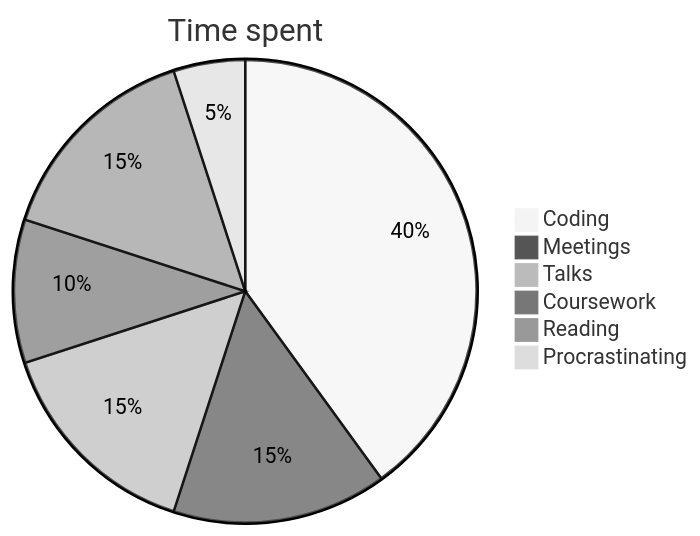
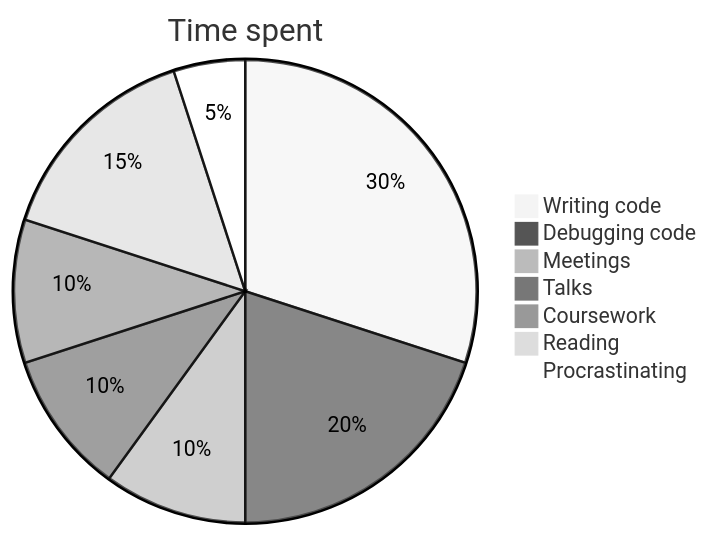
The diagram in content/Blog/What do you do?.md (treycole/notes.treycole.me), drawn with Mermaid (neutral theme) before and after one commit. The commit also changed other lines of this file and 1 other file, not shown here.

````diff
--- a/content/Blog/What do you do?.md
+++ b/content/Blog/What do you do?.md
@@ -61,9 +61,10 @@
 ```mermaid
 pie title Time spent
-    "Coding" : 40
-    "Meetings" : 15
-    "Talks" : 15
+    "Writing code" : 30
+    "Debugging code": 20
+    "Meetings" : 10
+    "Talks" : 10
     "Coursework": 10
     "Reading": 15
     "Procrastinating": 5
 ```
````
